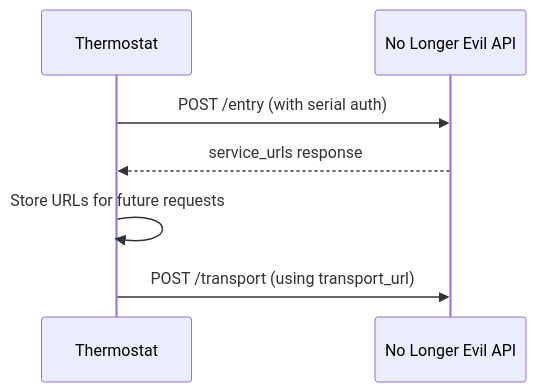
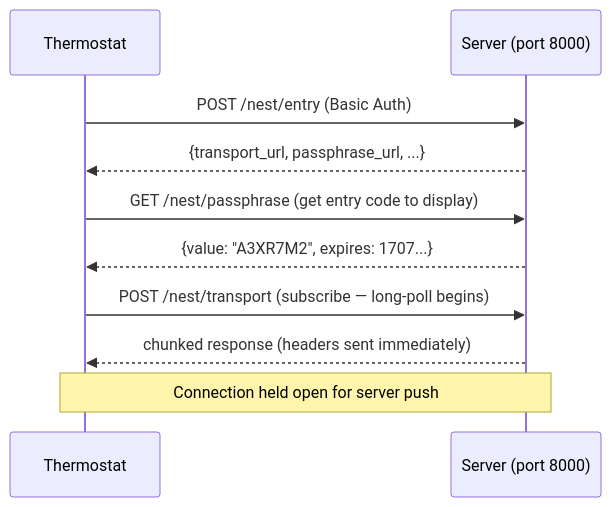
Before and after one commit to codykociemba/NoLongerEvil-docs: the diagram in api-reference/thermostat/entry.mdx, drawn with Mermaid. The commit also changed other lines of this file and 46 other files, not shown here.

Commit message:
docs: overhaul API reference and add Nest protocol documentation

````diff
--- a/api-reference/thermostat/entry.mdx
+++ b/api-reference/thermostat/entry.mdx
@@ -194,10 +126,13 @@
 ```mermaid
 sequenceDiagram
     participant T as Thermostat
-    participant API as No Longer Evil API
+    participant S as Server (port 8000)
 
-    T->>API: POST /entry (with serial auth)
-    API-->>T: service_urls response
-    T->>T: Store URLs for future requests
-    T->>API: POST /transport (using transport_url)
+    T->>S: POST /nest/entry (Basic Auth)
+    S-->>T: {transport_url, passphrase_url, ...}
+    T->>S: GET /nest/passphrase (get entry code to display)
+    S-->>T: {value: "A3XR7M2", expires: 1707...}
+    T->>S: POST /nest/transport (subscribe — long-poll begins)
+    S-->>T: chunked response (headers sent immediately)
+    Note over T,S: Connection held open for server push
 ```
````
